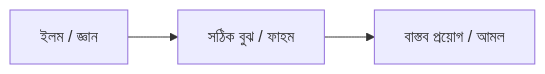
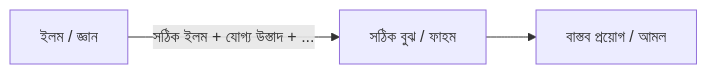
Before and after one commit to mahmud-ops/second-brain: the diagram in Fard_Ayn_Ilm_Course.md, drawn with Mermaid. The commit also changed other lines of this file, not shown here.

````diff
--- a/Fard_Ayn_Ilm_Course.md
+++ b/Fard_Ayn_Ilm_Course.md
@@ -21,5 +11,5 @@
 ```mermaid
 flowchart LR
-A[ইলম / জ্ঞান] --> B[সঠিক বুঝ / ফাহম]
+A[ইলম / জ্ঞান] -- সঠিক ইলম + যোগ্য উস্তাদ + ... --> B[সঠিক বুঝ / ফাহম]
 B --> C[বাস্তব প্রয়োগ / আমল]
 ```
````
